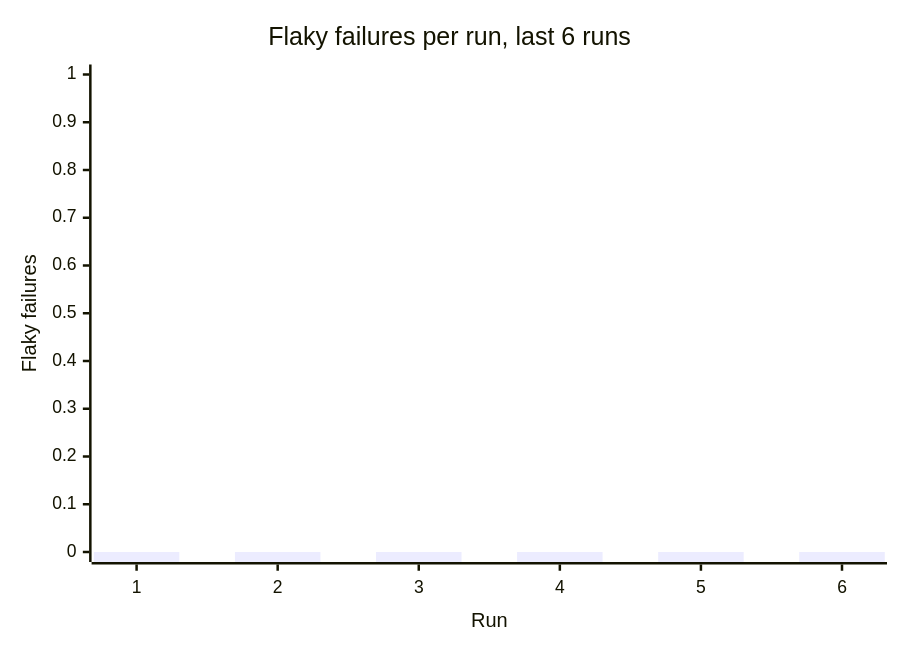
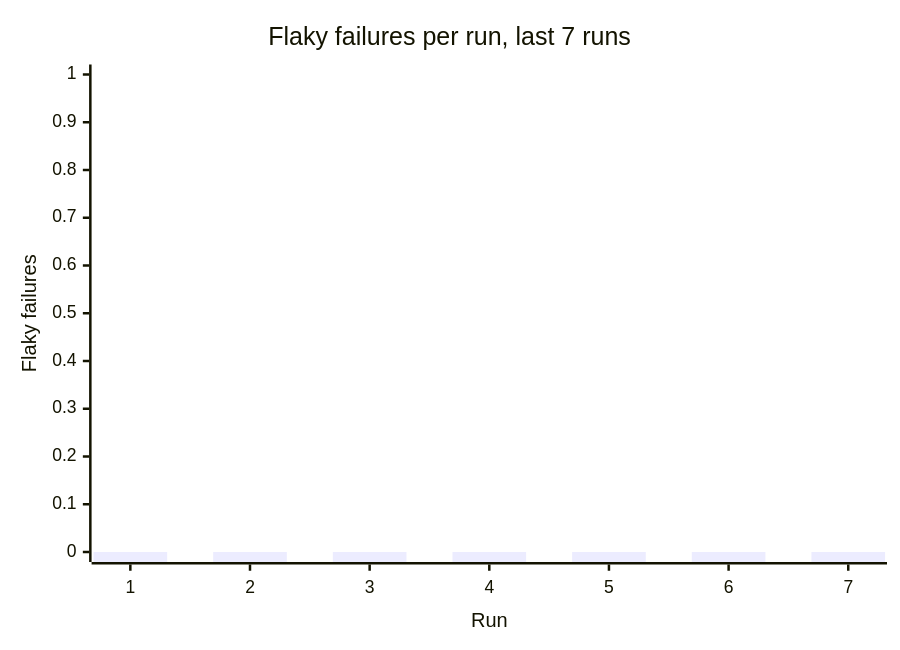
One commit to Shirojoufu/Service-Template changed the second of 3 diagrams in reports/summary.md. Above: the diagram before and after it, drawn with Mermaid. The commit also changed other lines of this file and 5 other files, not shown here.

````diff
--- a/reports/summary.md
+++ b/reports/summary.md
@@ -25,7 +25,7 @@
 ```mermaid
 xychart-beta
-    title "Flaky failures per run, last 6 runs"
-    x-axis "Run" [1, 2, 3, 4, 5, 6]
+    title "Flaky failures per run, last 7 runs"
+    x-axis "Run" [1, 2, 3, 4, 5, 6, 7]
     y-axis "Flaky failures" 0 --> 1
-    bar [0, 0, 0, 0, 0, 0]
+    bar [0, 0, 0, 0, 0, 0, 0]
 ```
````
